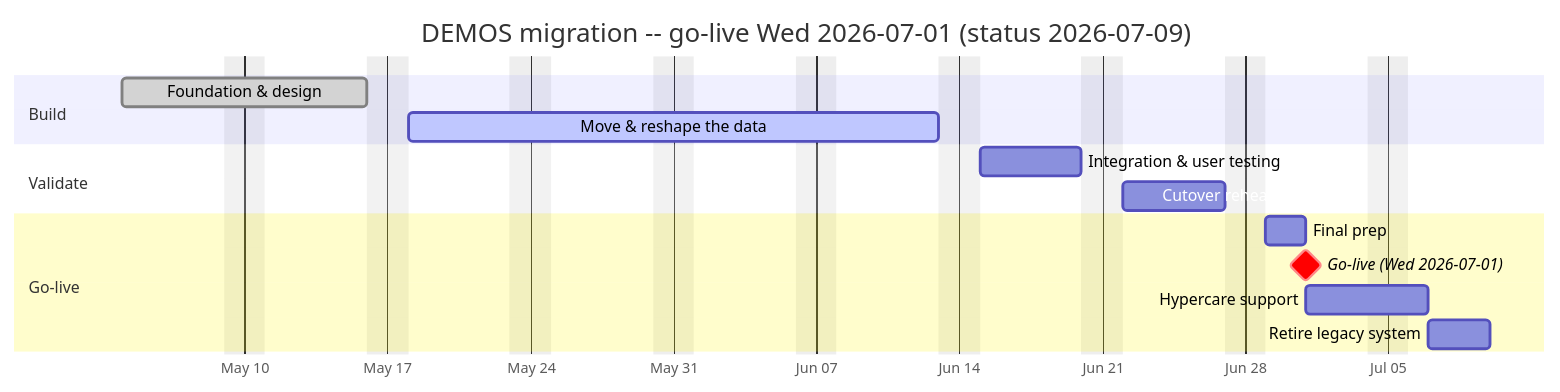
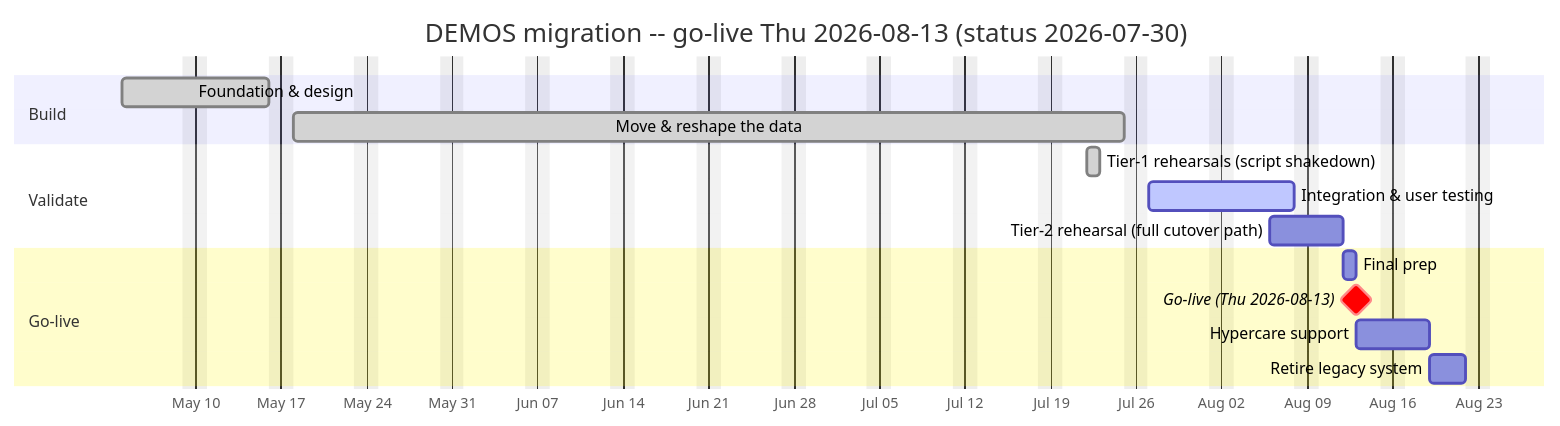
Before and after one commit to Enterprise-CMCS/demos: the diagram in data-migration/docs/README.adoc, drawn with Mermaid. The commit also changed other lines of this file and 169 other files, not shown here.

```diff
--- a/data-migration/docs/README.adoc
+++ b/data-migration/docs/README.adoc
@@ -34,23 +38,24 @@
 [mermaid, width=1600]
 ....
 gantt
-  title DEMOS migration -- go-live Wed 2026-07-01 (status 2026-07-09)
+  title DEMOS migration -- go-live Thu 2026-08-13 (status 2026-07-30)
   dateFormat  YYYY-MM-DD
   axisFormat  %b %d
   excludes    weekends
   todayMarker stroke-width:3px,stroke:#d33,opacity:0.7
 
   section Build
   Foundation & design                    :done, p1, 2026-05-04, 10d
-  Move & reshape the data                :active, p2, after p1, 20d
+  Move & reshape the data                :done, p2, after p1, 50d
 
   section Validate
-  Integration & user testing             :p3, after p2, 5d
-  Cutover rehearsals                     :p4, after p3, 5d
+  Tier-1 rehearsals (script shakedown)   :done, p4a, 2026-07-22, 1d
+  Integration & user testing             :active, p3, 2026-07-27, 10d
+  Tier-2 rehearsal (full cutover path)   :p4b, 2026-08-06, 4d
 
   section Go-live
-  Final prep                             :pre, after p4, 2d
-  Go-live (Wed 2026-07-01)               :crit, milestone, golive, 2026-07-01, 0d
+  Final prep                             :pre, 2026-08-12, 1d
+  Go-live (Thu 2026-08-13)               :crit, milestone, golive, 2026-08-13, 0d
   Hypercare support                      :hc, after golive, 4d
   Retire legacy system                   :dc, after hc, 3d
 ....
```
